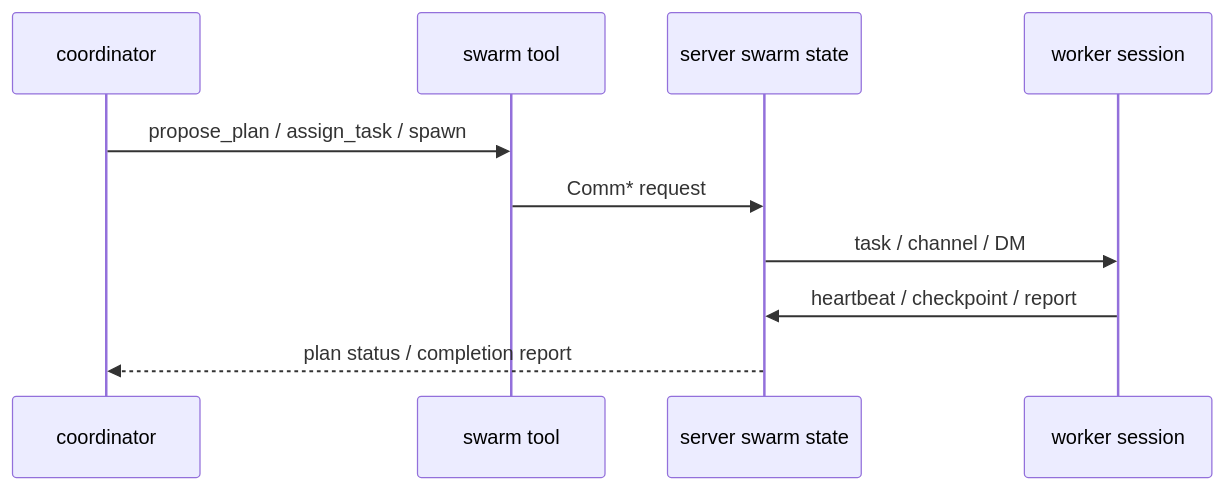
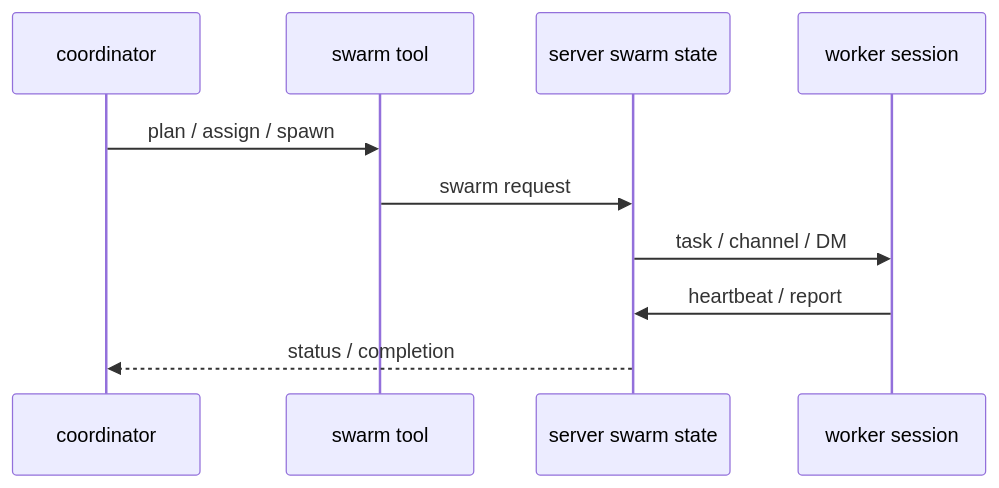
Before and after one commit to Br1an67/learn-jcode: the second of 2 diagrams in docs/en/s08-swarm.md, drawn with Mermaid. The commit also changed other lines of this file and 23 other files, not shown here.

Commit message:
Improve Mermaid diagram layout

````diff
--- a/docs/en/s08-swarm.md
+++ b/docs/en/s08-swarm.md
@@ -216,13 +223,13 @@
 ```mermaid
 sequenceDiagram
   participant Coord as coordinator
   participant Tool as swarm tool
   participant Server as server swarm state
   participant Worker as worker session
 
-  Coord->>Tool: propose_plan / assign_task / spawn
-  Tool->>Server: Comm* request
+  Coord->>Tool: plan / assign / spawn
+  Tool->>Server: swarm request
   Server->>Worker: task / channel / DM
-  Worker->>Server: heartbeat / checkpoint / report
-  Server-->>Coord: plan status / completion report
+  Worker->>Server: heartbeat / report
+  Server-->>Coord: status / completion
 ```
````
